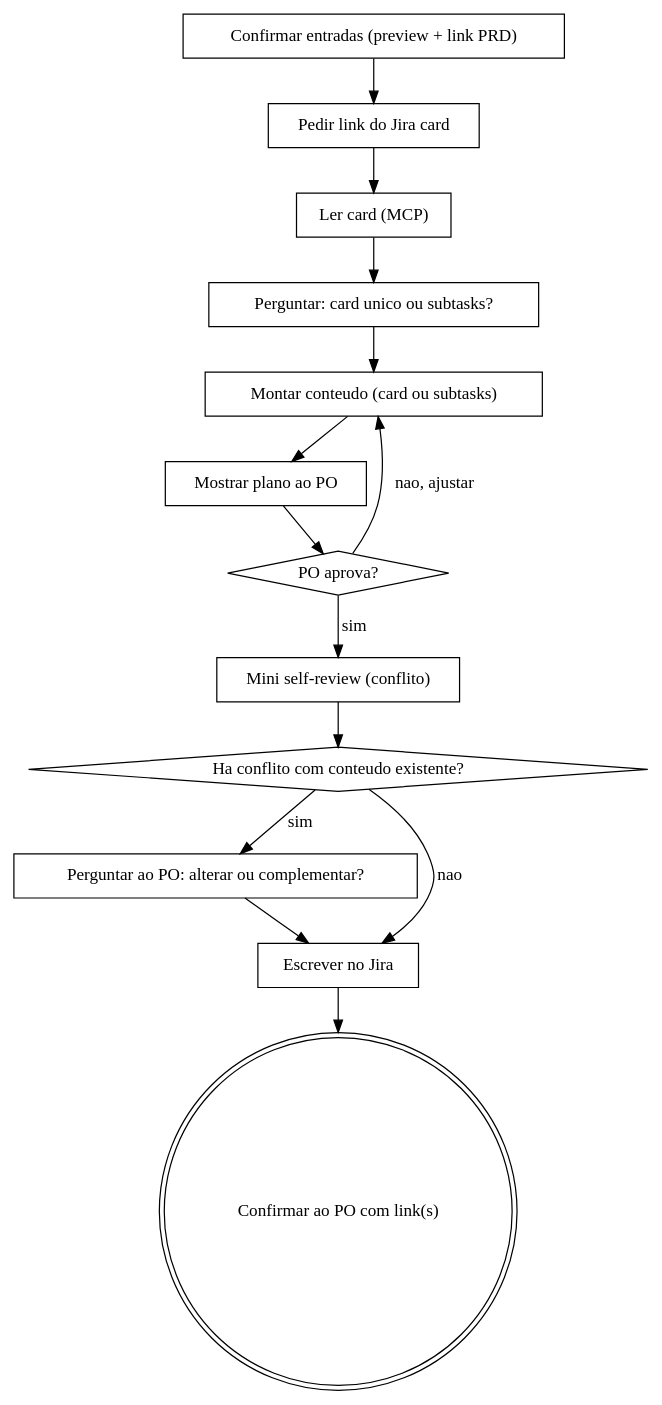
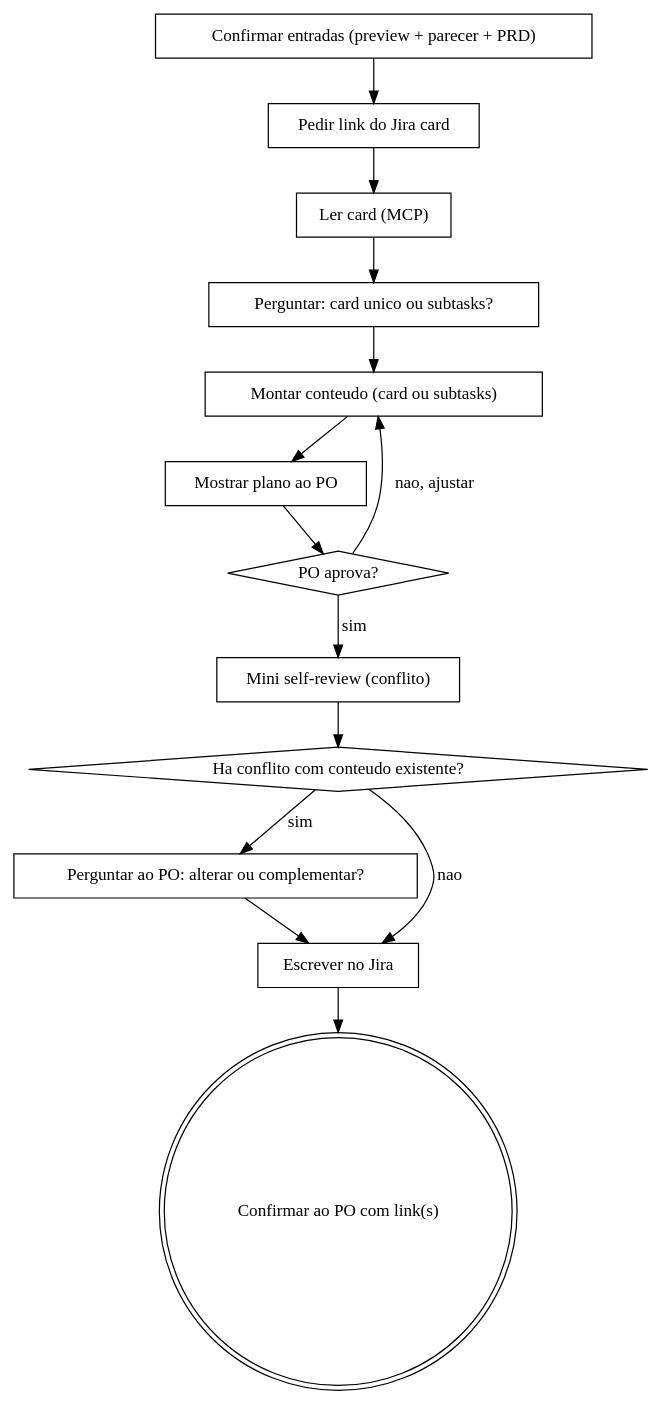
Before and after one commit to diegolirio/ai-showcase-skills: the diagram in PO-skills/escrever-jiracard/SKILL.md, drawn with Graphviz. The commit also changed other lines of this file and 6 other files, not shown here.

````diff
--- a/PO-skills/escrever-jiracard/SKILL.md
+++ b/PO-skills/escrever-jiracard/SKILL.md
@@ -41,30 +76,30 @@
 ```dot
 digraph escrever_jiracard {
-    "Confirmar entradas (preview + link PRD)" [shape=box];
+    "Confirmar entradas (preview + parecer + PRD)" [shape=box];
     "Pedir link do Jira card" [shape=box];
     "Ler card (MCP)" [shape=box];
     "Perguntar: card unico ou subtasks?" [shape=box];
     "Montar conteudo (card ou subtasks)" [shape=box];
     "Mostrar plano ao PO" [shape=box];
     "PO aprova?" [shape=diamond];
     "Mini self-review (conflito)" [shape=box];
     "Ha conflito com conteudo existente?" [shape=diamond];
     "Perguntar ao PO: alterar ou complementar?" [shape=box];
     "Escrever no Jira" [shape=box];
     "Confirmar ao PO com link(s)" [shape=doublecircle];
 
-    "Confirmar entradas (preview + link PRD)" -> "Pedir link do Jira card";
+    "Confirmar entradas (preview + parecer + PRD)" -> "Pedir link do Jira card";
     "Pedir link do Jira card" -> "Ler card (MCP)";
     "Ler card (MCP)" -> "Perguntar: card unico ou subtasks?";
     "Perguntar: card unico ou subtasks?" -> "Montar conteudo (card ou subtasks)";
     "Montar conteudo (card ou subtasks)" -> "Mostrar plano ao PO";
     "Mostrar plano ao PO" -> "PO aprova?";
     "PO aprova?" -> "Montar conteudo (card ou subtasks)" [label="nao, ajustar"];
     "PO aprova?" -> "Mini self-review (conflito)" [label="sim"];
     "Mini self-review (conflito)" -> "Ha conflito com conteudo existente?";
     "Ha conflito com conteudo existente?" -> "Perguntar ao PO: alterar ou complementar?" [label="sim"];
     "Ha conflito com conteudo existente?" -> "Escrever no Jira" [label="nao"];
     "Perguntar ao PO: alterar ou complementar?" -> "Escrever no Jira";
     "Escrever no Jira" -> "Confirmar ao PO com link(s)";
 }
 ```
````
